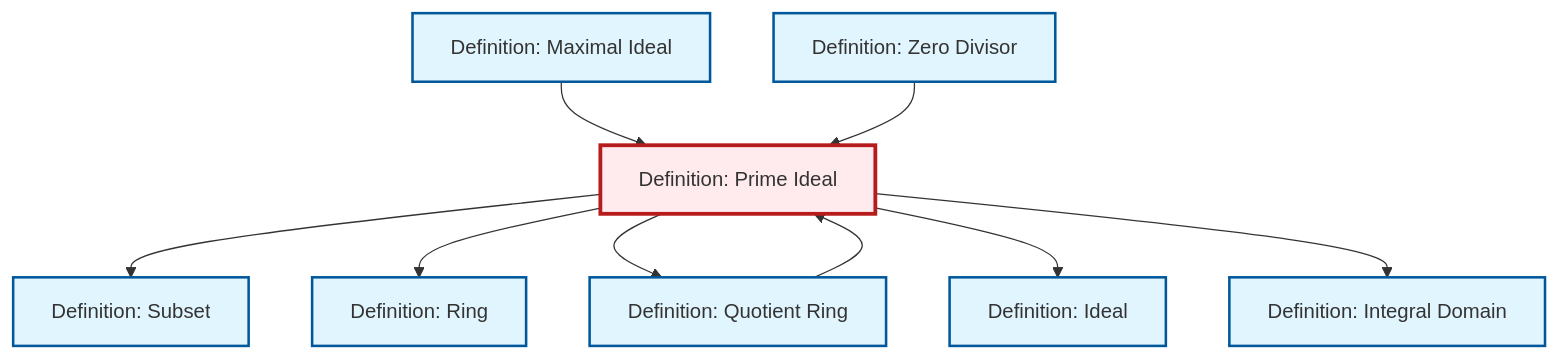
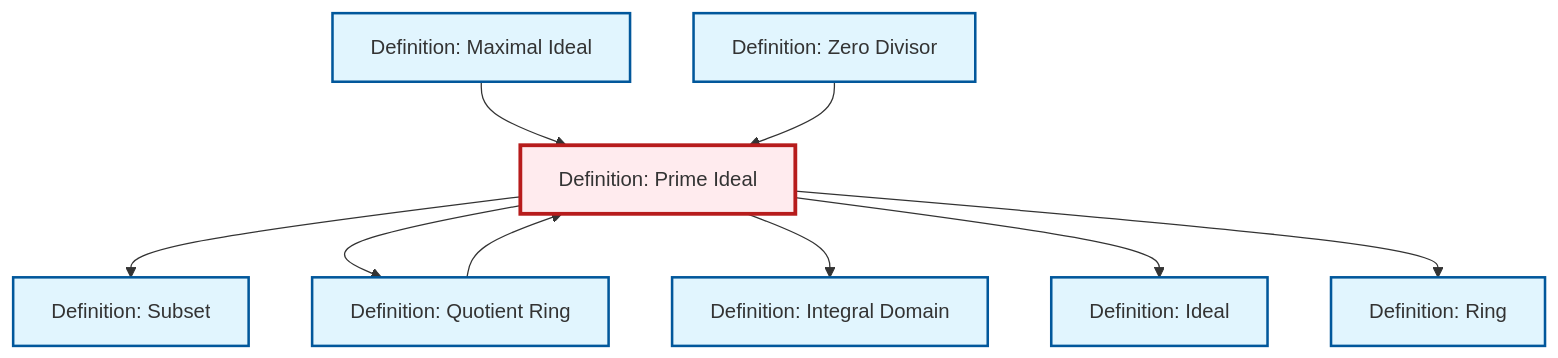
One commit to RK0429/ModernMath changed the diagram in content/en/algebra/def-prime-ideal.qmd. Above: the diagram before and after it, drawn with Mermaid. The commit also changed other lines of this file and 672 other files, not shown here.

````diff
--- a/content/en/algebra/def-prime-ideal.qmd
+++ b/content/en/algebra/def-prime-ideal.qmd
@@ -85,33 +85,33 @@
 ```{mermaid}
 %%| fig-cap: "Local dependency graph"
 graph TD
     classDef definition fill:#e1f5fe,stroke:#01579b,stroke-width:2px
     classDef theorem fill:#f3e5f5,stroke:#4a148c,stroke-width:2px
     classDef axiom fill:#fff3e0,stroke:#e65100,stroke-width:2px
     classDef example fill:#e8f5e9,stroke:#1b5e20,stroke-width:2px
     classDef current fill:#ffebee,stroke:#b71c1c,stroke-width:3px
-    def-ring["Definition: Ring"]:::definition
+    def-integral-domain["Definition: Integral Domain"]:::definition
     def-maximal-ideal["Definition: Maximal Ideal"]:::definition
     def-subset["Definition: Subset"]:::definition
     def-prime-ideal["Definition: Prime Ideal"]:::definition
+    def-ideal["Definition: Ideal"]:::definition
+    def-ring["Definition: Ring"]:::definition
+    def-zero-divisor["Definition: Zero Divisor"]:::definition
     def-quotient-ring["Definition: Quotient Ring"]:::definition
-    def-integral-domain["Definition: Integral Domain"]:::definition
-    def-ideal["Definition: Ideal"]:::definition
-    def-zero-divisor["Definition: Zero Divisor"]:::definition
+    def-maximal-ideal --> def-prime-ideal
+    def-prime-ideal --> def-subset
+    def-prime-ideal --> def-quotient-ring
+    def-prime-ideal --> def-integral-domain
+    def-prime-ideal --> def-ideal
     def-quotient-ring --> def-prime-ideal
-    def-maximal-ideal --> def-prime-ideal
+    def-prime-ideal --> def-ring
     def-zero-divisor --> def-prime-ideal
-    def-prime-ideal --> def-subset
-    def-prime-ideal --> def-ring
-    def-prime-ideal --> def-quotient-ring
-    def-prime-ideal --> def-ideal
-    def-prime-ideal --> def-integral-domain
     class def-prime-ideal current
-    click def-ring "def-ring.html" "Go to Ring definition"
+    click def-integral-domain "def-integral-domain.html" "Go to Integral Domain definition"
     click def-maximal-ideal "def-maximal-ideal.html" "Go to Maximal Ideal definition"
     click def-subset "def-subset.html" "Go to Subset definition"
+    click def-ideal "def-ideal.html" "Go to Ideal definition"
+    click def-ring "def-ring.html" "Go to Ring definition"
+    click def-zero-divisor "def-zero-divisor.html" "Go to Zero Divisor definition"
     click def-quotient-ring "def-quotient-ring.html" "Go to Quotient Ring definition"
-    click def-integral-domain "def-integral-domain.html" "Go to Integral Domain definition"
-    click def-ideal "def-ideal.html" "Go to Ideal definition"
-    click def-zero-divisor "def-zero-divisor.html" "Go to Zero Divisor definition"
 ```
````
